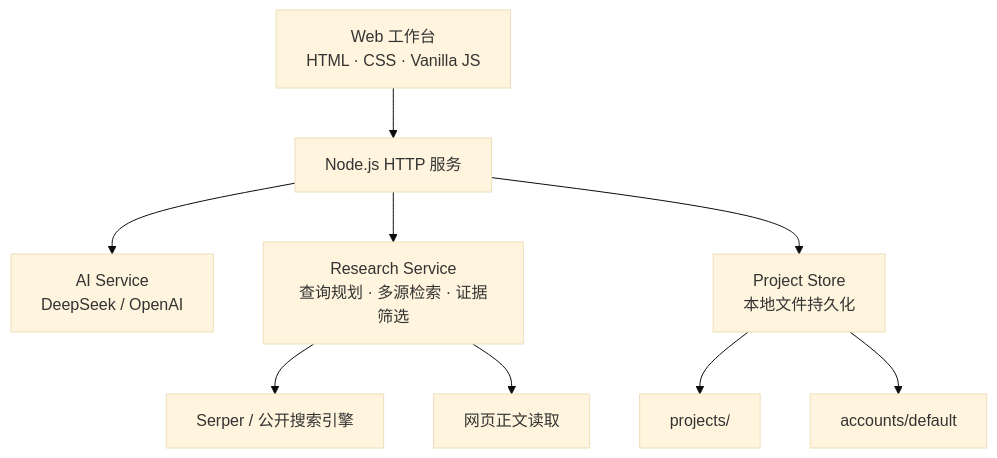
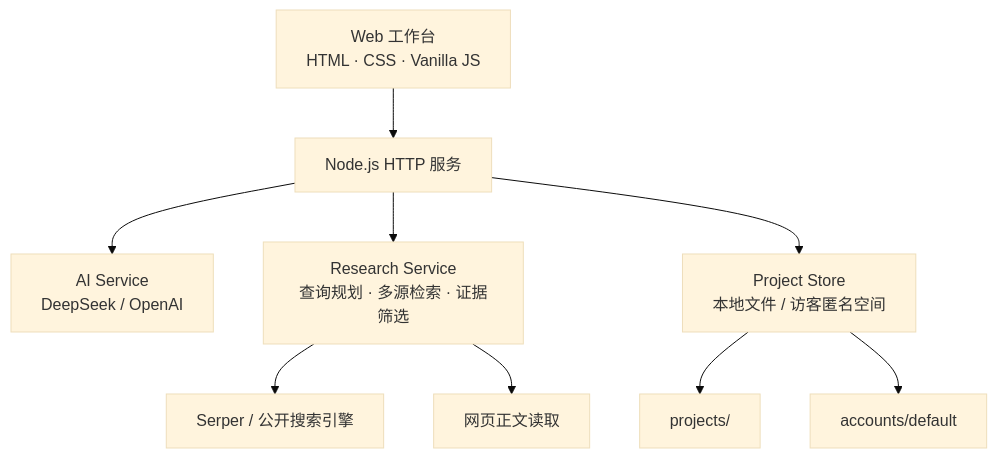
Before and after one commit to zhongshiyu0129/yanji-media-assistant: the second of 2 diagrams in README.md, drawn with Mermaid (base theme). The commit also changed other lines of this file and 10 other files, not shown here.

````diff
--- a/README.md
+++ b/README.md
@@ -156,11 +189,11 @@
 ```mermaid
 flowchart TB
   UI["Web 工作台<br/>HTML · CSS · Vanilla JS"] --> API["Node.js HTTP 服务"]
   API --> AI["AI Service<br/>DeepSeek / OpenAI"]
   API --> RESEARCH["Research Service<br/>查询规划 · 多源检索 · 证据筛选"]
-  API --> STORE["Project Store<br/>本地文件持久化"]
+  API --> STORE["Project Store<br/>本地文件 / 访客匿名空间"]
   RESEARCH --> SERPER["Serper / 公开搜索引擎"]
   RESEARCH --> WEB["网页正文读取"]
   STORE --> PROJECTS["projects/<id>"]
   STORE --> ACCOUNT["accounts/default"]
 ```
````
